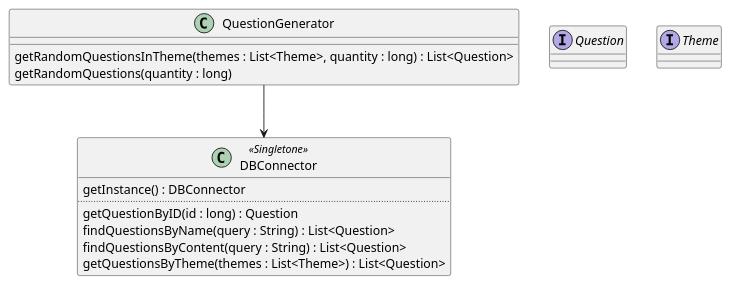
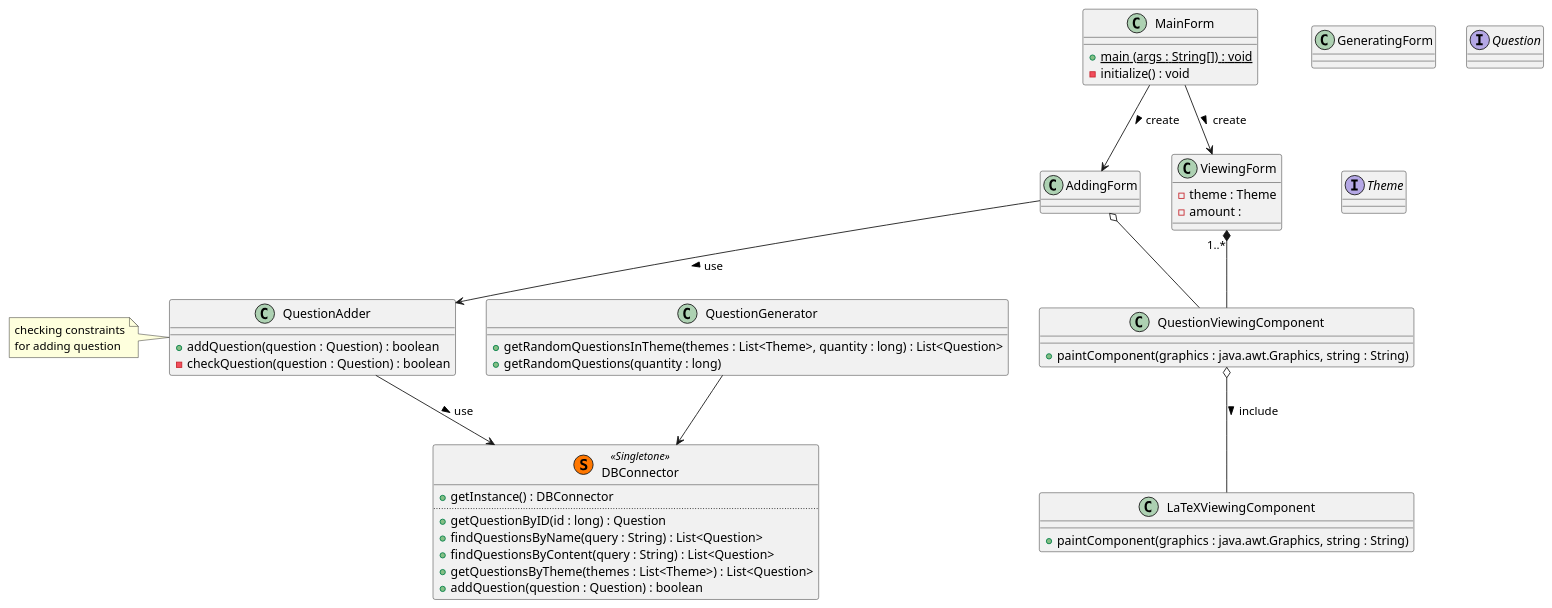
One commit to earring/testgenerator changed the diagram in diags/WholeClassDiagram.puml. Above: the diagram before and after it, drawn with PlantUML.

Commit message:
реализация архитектуры некоторых сущностей

```diff
--- a/diags/WholeClassDiagram.puml
+++ b/diags/WholeClassDiagram.puml
@@ -2,23 +2,70 @@
 @startuml
-class DBConnector <<Singletone>> {
-    getInstance() : DBConnector
+class DBConnector <<(S,#FF7700) Singletone>> {
+    +getInstance() : DBConnector
     ..
-    getQuestionByID(id : long) : Question
-    findQuestionsByName(query : String) : List<Question>
-    findQuestionsByContent(query : String) : List<Question>
-    getQuestionsByTheme(themes : List<Theme>) : List<Question>
+    +getQuestionByID(id : long) : Question
+    +findQuestionsByName(query : String) : List<Question>
+    +findQuestionsByContent(query : String) : List<Question>
+    +getQuestionsByTheme(themes : List<Theme>) : List<Question>
+    +addQuestion(question : Question) : boolean
 }
 
 class QuestionGenerator {
-    getRandomQuestionsInTheme(themes : List<Theme>, quantity : long) : List<Question>
-    getRandomQuestions(quantity : long)
+    +getRandomQuestionsInTheme(themes : List<Theme>, quantity : long) : List<Question>
+    +getRandomQuestions(quantity : long)
+}
+
+class MainForm {
+    +main {static} (args : String[]) : void
+    -initialize() : void
+}
+
+class AddingForm {
+
+}
+
+class ViewingForm {
+    -theme : Theme
+    -amount :
+}
+
+class GeneratingForm {
+
+}
+
+class QuestionAdder {
+    +addQuestion(question : Question) : boolean
+    -checkQuestion(question : Question) : boolean
+}
+note left
+    checking constraints
+    for adding question
+end note
+
+class LaTeXViewingComponent {
+    +paintComponent(graphics : java.awt.Graphics, string : String)
+}
+
+class QuestionViewingComponent {
+    +paintComponent(graphics : java.awt.Graphics, string : String)
 }
 
 QuestionGenerator --> DBConnector
+
+MainForm  --> AddingForm : create >
+AddingForm --> QuestionAdder : use >
+QuestionAdder --> DBConnector : use >
+
+AddingForm o-- QuestionViewingComponent
+QuestionViewingComponent o-- LaTeXViewingComponent : include >
+
+MainForm --> ViewingForm : create >
+ViewingForm "1..*" *-- QuestionViewingComponent
+
 interface Question {
 
 }
 interface Theme {
 
 }
 @enduml
```
